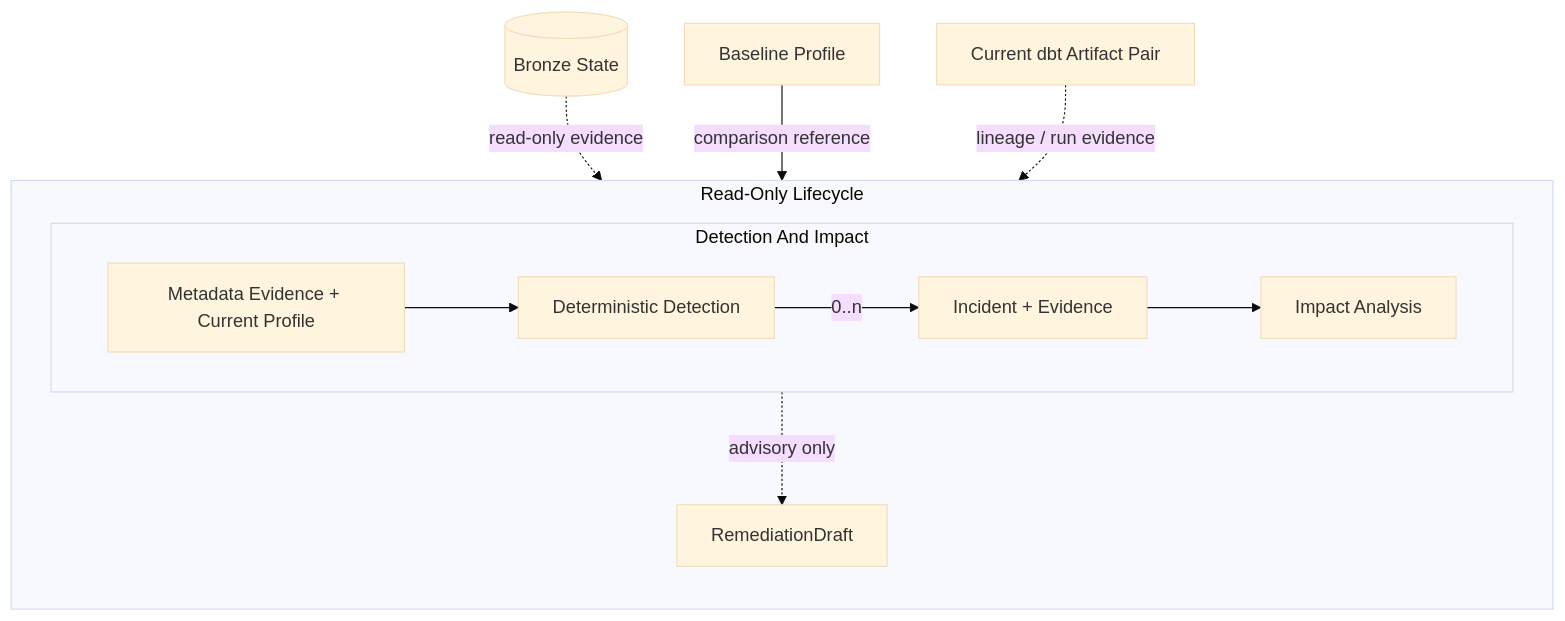
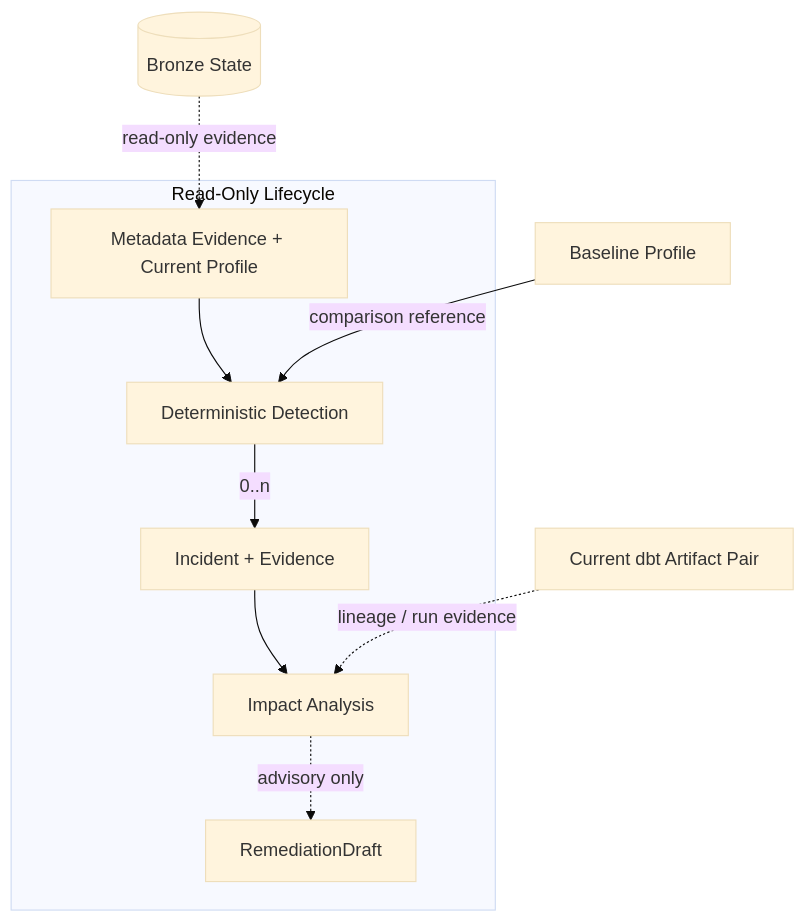
The first of 2 diagrams in docs/domains/reliability.md (mols3131d/hmda-data-reliability), drawn with Mermaid (base theme) before and after one commit. The commit also changed other lines of this file, not shown here.

Commit message:
docs: simplify reliability Mermaid layouts

````diff
--- a/docs/domains/reliability.md
+++ b/docs/domains/reliability.md
@@ -21,22 +21,16 @@
 ```mermaid
 flowchart TB
     raw[("Bronze State")]
     baseline["Baseline Profile"]
     artifacts["Current dbt Artifact Pair"]
 
     subgraph lifecycle ["Read-Only Lifecycle"]
-        direction TB
-
-        subgraph assessment ["Detection And Impact"]
-            direction LR
-            evidence["Metadata Evidence + Current Profile"] --> detection["Deterministic Detection"]
-            detection -->|0..n| incident["Incident + Evidence"] --> impact["Impact Analysis"]
-        end
-
+        evidence["Metadata Evidence + Current Profile"] --> detection["Deterministic Detection"]
+        detection -->|0..n| incident["Incident + Evidence"] --> impact["Impact Analysis"]
         impact -.->|advisory only| draft["RemediationDraft"]
     end
 
     raw -.->|read-only evidence| evidence
     baseline -->|comparison reference| detection
     artifacts -.->|lineage / run evidence| impact
 ```
````
